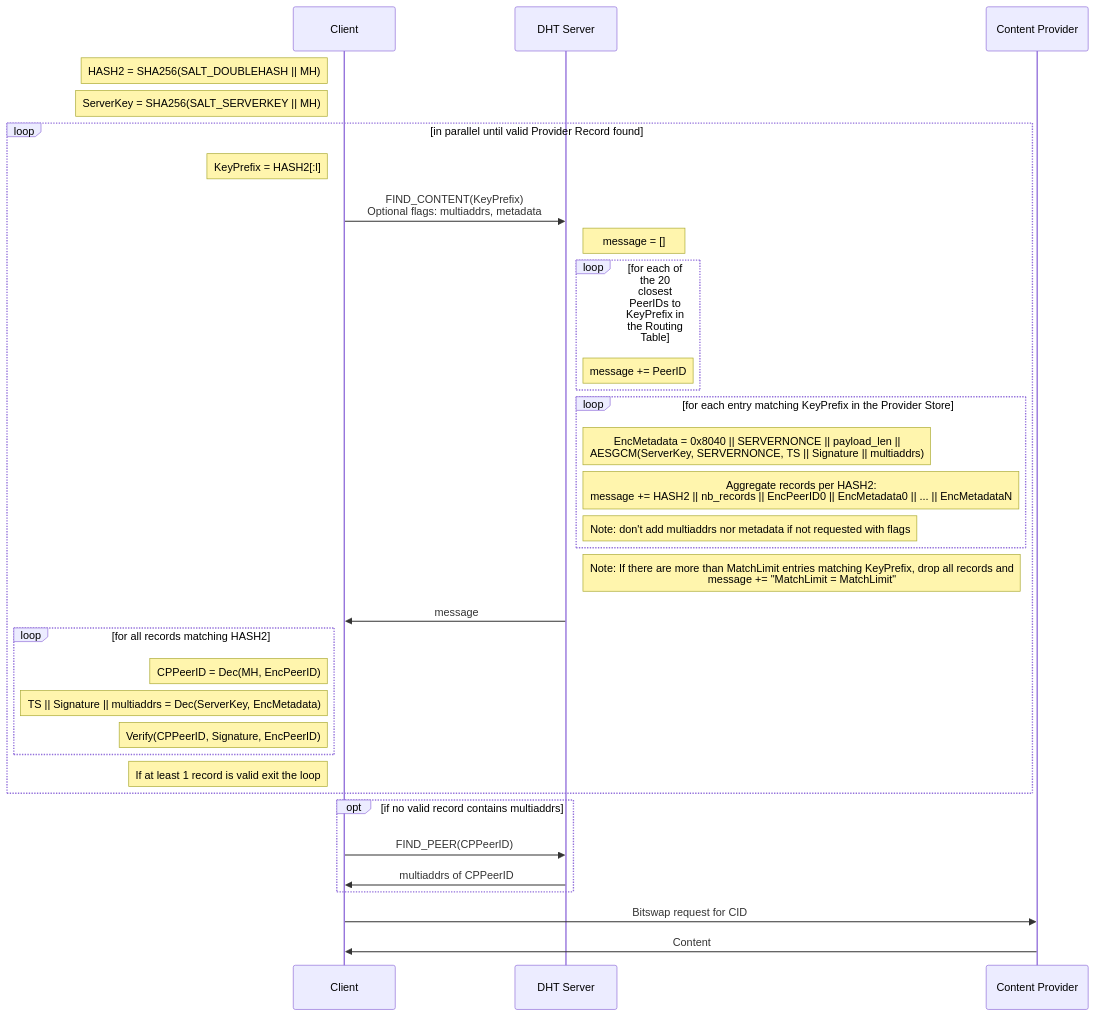
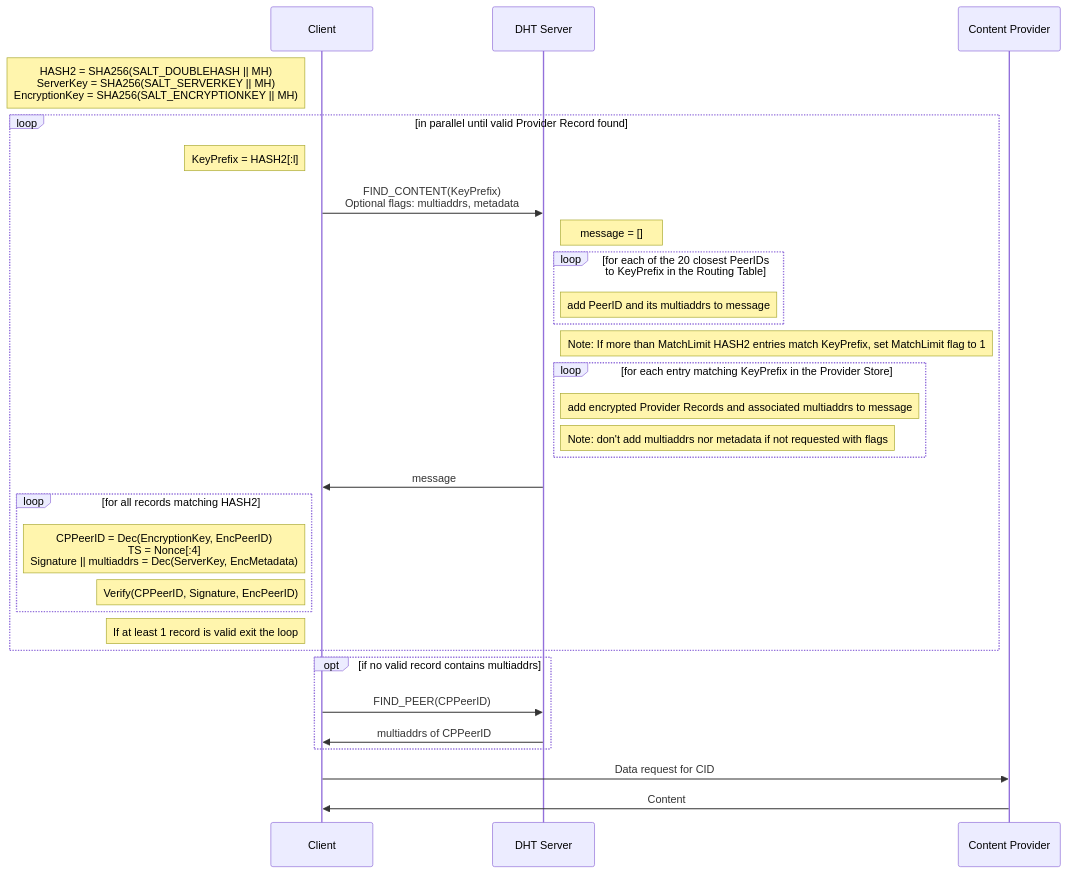
One commit to ipfs/specs changed the second of 2 diagrams in IPIP/0373-double-hash-dht.md. Above: the diagram before and after it, drawn with Mermaid. The commit also changed other lines of this file, not shown here.

Commit message:
data format update

````diff
--- a/IPIP/0373-double-hash-dht.md
+++ b/IPIP/0373-double-hash-dht.md
@@ -165,39 +213,36 @@
 ```mermaid
 sequenceDiagram
     participant Client
     participant Server as DHT Server
     participant CP as Content Provider
 
-    Note left of Client: HASH2 = SHA256(SALT_DOUBLEHASH || MH)
-    Note left of Client: ServerKey = SHA256(SALT_SERVERKEY || MH)
+    Note left of Client: HASH2 = SHA256(SALT_DOUBLEHASH || MH)<br>ServerKey = SHA256(SALT_SERVERKEY || MH)<br>EncryptionKey = SHA256(SALT_ENCRYPTIONKEY || MH)
 
     loop in parallel until valid Provider Record found
         Note left of Client: KeyPrefix = HASH2[:l]
         Client->>Server: FIND_CONTENT(KeyPrefix)<br>Optional flags: multiaddrs, metadata
         Note right of Server: message = []
         loop for each of the 20 closest PeerIDs to KeyPrefix in the Routing Table
-            Note right of Server: message += PeerID
+            Note right of Server: add PeerID and its multiaddrs to message
         end
+        Note right of Server: Note: If more than MatchLimit HASH2 entries match KeyPrefix, set MatchLimit flag to 1
         loop for each entry matching KeyPrefix in the Provider Store
-            Note right of Server: EncMetadata = 0x8040 || SERVERNONCE || payload_len ||<br> AESGCM(ServerKey, SERVERNONCE, TS || Signature || multiaddrs)
-            Note right of Server: Aggregate records per HASH2:<br>message += HASH2 || nb_records || EncPeerID0 || EncMetadata0 || ... || EncMetadataN
+            Note right of Server: add encrypted Provider Records and associated multiaddrs to message
             Note right of Server: Note: don't add multiaddrs nor metadata if not requested with flags
         end
-        Note right of Server: Note: If there are more than MatchLimit entries matching KeyPrefix, drop all records and<br>message += "MatchLimit = MatchLimit"
         Server->>Client: message
         loop for all records matching HASH2
-            Note left of Client: CPPeerID = Dec(MH, EncPeerID)
-            Note left of Client: TS || Signature || multiaddrs = Dec(ServerKey, EncMetadata)
+            Note left of Client: CPPeerID = Dec(EncryptionKey, EncPeerID)<br>TS = Nonce[:4]<br>Signature || multiaddrs = Dec(ServerKey, EncMetadata)
             Note left of Client: Verify(CPPeerID, Signature, EncPeerID)
         end
         Note left of Client: If at least 1 record is valid exit the loop
     end
     opt if no valid record contains multiaddrs
         Client->>Server: FIND_PEER(CPPeerID)
         Server->>Client: multiaddrs of CPPeerID
     end
 
 
-    Client->>CP: Bitswap request for CID
+    Client->>CP: Data request for CID
     CP->>Client: Content
 ```
````
